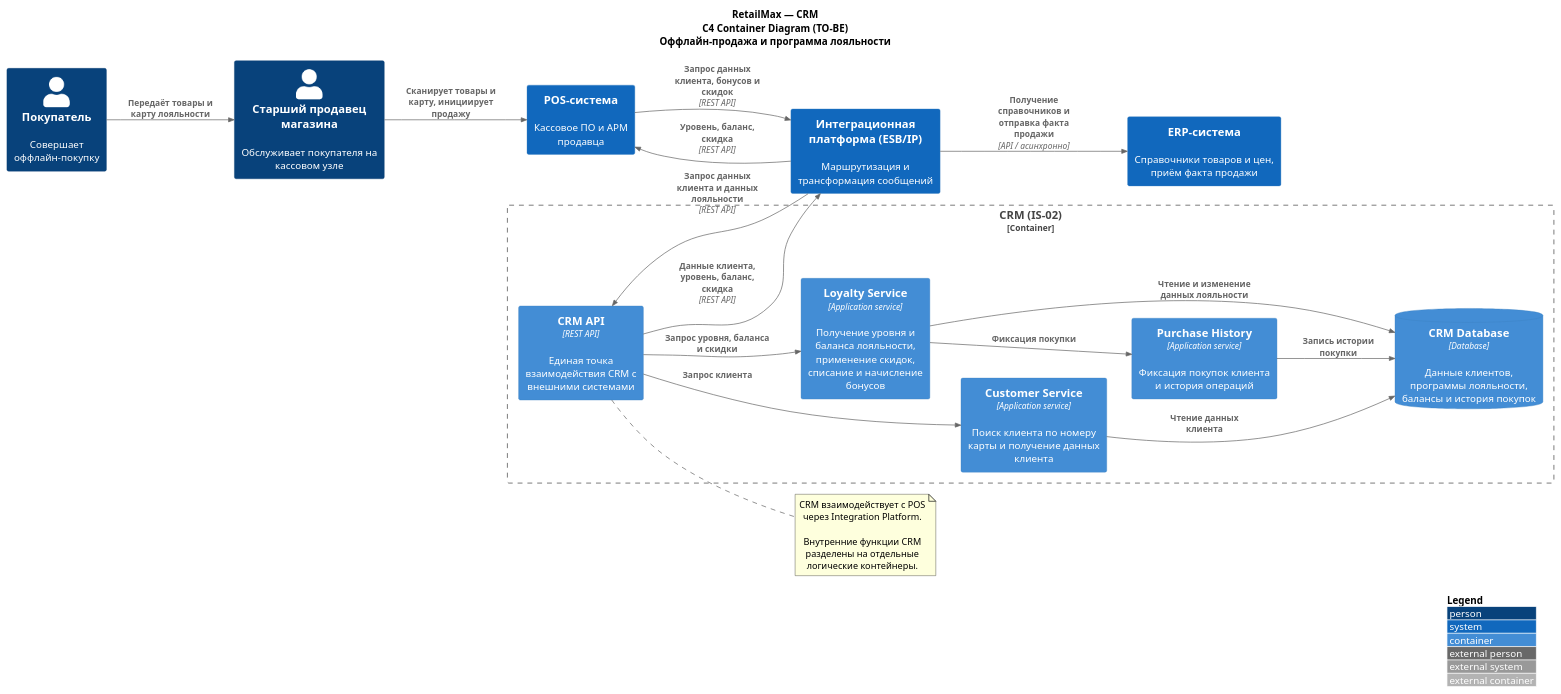
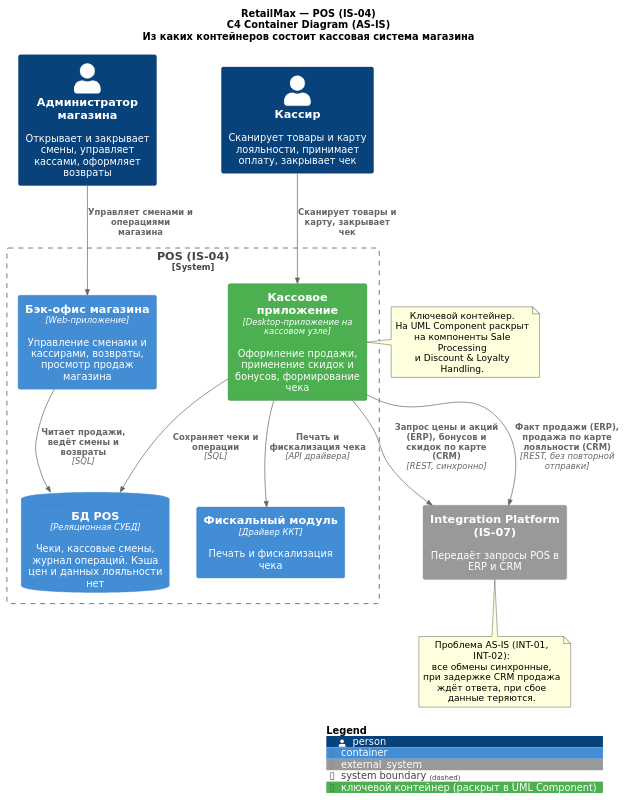
Before and after one commit to rsingatulin/hse_architecture: the diagram in 01_sales_domain/06_Architecture_Models/C4/Containers_C4.puml, drawn with PlantUML. The commit also changed 1 other file, not shown here.

```diff
--- a/01_sales_domain/06_Architecture_Models/C4/Containers_C4.puml
+++ b/01_sales_domain/06_Architecture_Models/C4/Containers_C4.puml
@@ -1,95 +1,75 @@
 @startuml C4_Containers
 
 !include https://raw.githubusercontent.com/plantuml-stdlib/C4-PlantUML/master/C4_Container.puml
 
-LAYOUT_WITH_LEGEND()
-LAYOUT_LEFT_RIGHT()
+skinparam defaultFontName DejaVu Sans
+
+AddElementTag("key", $bgColor="#4CAF50", $fontColor="#FFFFFF", $borderColor="#2E7D32", $legendText="ключевой контейнер (раскрыт в UML Component)")
 
 title
-RetailMax — CRM
-C4 Container Diagram (TO-BE)
-Оффлайн-продажа и программа лояльности
+RetailMax — POS (IS-04)
+C4 Container Diagram (AS-IS)
+Из каких контейнеров состоит кассовая система магазина
 end title
 
 
 ' =========================================================
 ' ВНЕШНИЕ УЧАСТНИКИ
 ' =========================================================
 
-Person(customer, "Покупатель", "Совершает оффлайн-покупку")
-Person(cashier, "Старший продавец магазина", "Обслуживает покупателя на кассовом узле")
+Person(cashier, "Кассир", "Сканирует товары и карту лояльности, принимает оплату, закрывает чек")
+Person(admin, "Администратор магазина", "Открывает и закрывает смены, управляет кассами, оформляет возвраты")
 
 
 ' =========================================================
-' ВНЕШНИЕ СИСТЕМЫ
+' POS — ЦЕЛЕВАЯ СИСТЕМА
 ' =========================================================
 
-System(pos, "POS-система", "Кассовое ПО и АРМ продавца")
-System(ip, "Интеграционная платформа (ESB/IP)", "Маршрутизация и трансформация сообщений")
-System(erp, "ERP-система", "Справочники товаров и цен, приём факта продажи")
+System_Boundary(pos, "POS (IS-04)") {
 
-
-' =========================================================
-' CRM — ЦЕЛЕВАЯ СИСТЕМА
-' =========================================================
-
-Container_Boundary(crm_boundary, "CRM (IS-02)") {
-
-    Container(crm_api, "CRM API", "REST API", "Единая точка взаимодействия CRM с внешними системами")
-    Container(customer_service, "Customer Service", "Application service", "Поиск клиента по номеру карты и получение данных клиента")
-    Container(loyalty_service, "Loyalty Service", "Application service", "Получение уровня и баланса лояльности, применение скидок, списание и начисление бонусов")
-    Container(history_service, "Purchase History", "Application service", "Фиксация покупок клиента и история операций")
-    ContainerDb(crm_db, "CRM Database", "Database", "Данные клиентов, программы лояльности, балансы и история покупок")
+    Container(pos_app, "Кассовое приложение", "Desktop-приложение на кассовом узле", "Оформление продажи, применение скидок и бонусов, формирование чека", $tags="key")
+    Container(fiscal, "Фискальный модуль", "Драйвер ККТ", "Печать и фискализация чека")
+    Container(backoffice, "Бэк-офис магазина", "Web-приложение", "Управление сменами и кассирами, возвраты, просмотр продаж магазина")
+    ContainerDb(pos_db, "БД POS", "Реляционная СУБД", "Чеки, кассовые смены, журнал операций. Кэша цен и данных лояльности нет")
 }
 
 
 ' =========================================================
-' ВНЕШНИЕ ВЗАИМОДЕЙСТВИЯ
+' ВНЕШНЯЯ СИСТЕМА
 ' =========================================================
 
-Rel(customer, cashier, "Передаёт товары и карту лояльности")
-Rel(cashier, pos, "Сканирует товары и карту, инициирует продажу")
-
-Rel(pos, ip, "Запрос данных клиента, бонусов и скидок", "REST API")
-Rel(ip, pos, "Уровень, баланс, скидка", "REST API")
-
-Rel(ip, crm_api, "Запрос данных клиента и данных лояльности", "REST API")
-Rel(crm_api, ip, "Данные клиента, уровень, баланс, скидка", "REST API")
+System_Ext(ip, "Integration Platform (IS-07)", "Передаёт запросы POS в ERP и CRM")
 
 
 ' =========================================================
-' ВНУТРИ CRM
+' СВЯЗИ
 ' =========================================================
 
-Rel(crm_api, customer_service, "Запрос клиента")
-Rel(customer_service, crm_db, "Чтение данных клиента")
+Rel(cashier, pos_app, "Сканирует товары и карту, закрывает чек")
+Rel(admin, backoffice, "Управляет сменами и операциями магазина")
 
-Rel(crm_api, loyalty_service, "Запрос уровня, баланса и скидки")
-Rel(loyalty_service, crm_db, "Чтение и изменение данных лояльности")
+Rel(pos_app, fiscal, "Печать и фискализация чека", "API драйвера")
+Rel(pos_app, pos_db, "Сохраняет чеки и операции", "SQL")
+Rel(backoffice, pos_db, "Читает продажи, ведёт смены и возвраты", "SQL")
 
-Rel(loyalty_service, history_service, "Фиксация покупки")
-Rel(history_service, crm_db, "Запись истории покупки")
+Rel(pos_app, ip, "Запрос цены и акций (ERP), бонусов и скидок по карте (CRM)", "REST, синхронно")
+Rel(pos_app, ip, "Факт продажи (ERP), продажа по карте лояльности (CRM)", "REST, без повторной отправки")
 
-
-' =========================================================
-' ERP
-' =========================================================
-
-Rel(ip, erp, "Получение справочников и отправка факта продажи", "API / асинхронно")
-
-
-' =========================================================
-' TO-BE РЕШЕНИЕ
-' =========================================================
-
-note right of crm_api
-CRM взаимодействует с POS
-через Integration Platform.
-
-Внутренние функции CRM
-разделены на отдельные
-логические контейнеры.
+note right of pos_app
+Ключевой контейнер.
+На UML Component раскрыт
+на компоненты Sale Processing
+и Discount & Loyalty Handling.
 end note
 
+note bottom of ip
+Проблема AS-IS (INT-01, INT-02):
+все обмены синхронные,
+при задержке CRM продажа
+ждёт ответа, при сбое
+данные теряются.
+end note
+
+SHOW_LEGEND()
 
 @enduml
```
